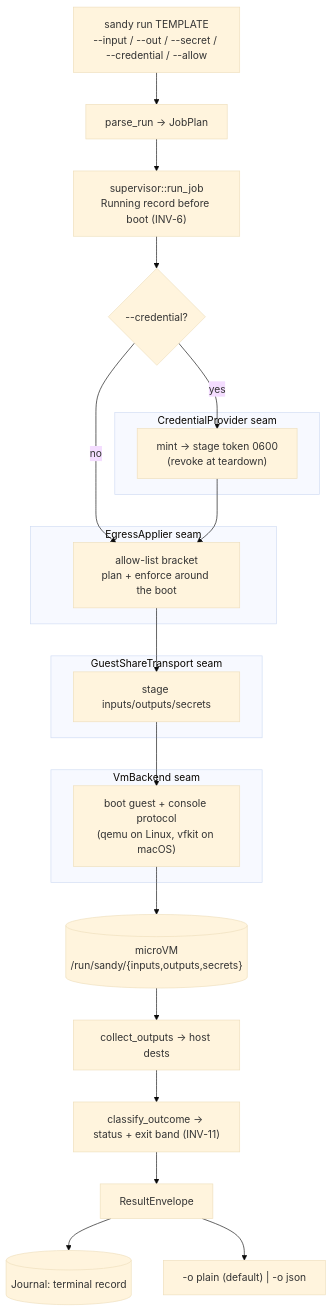
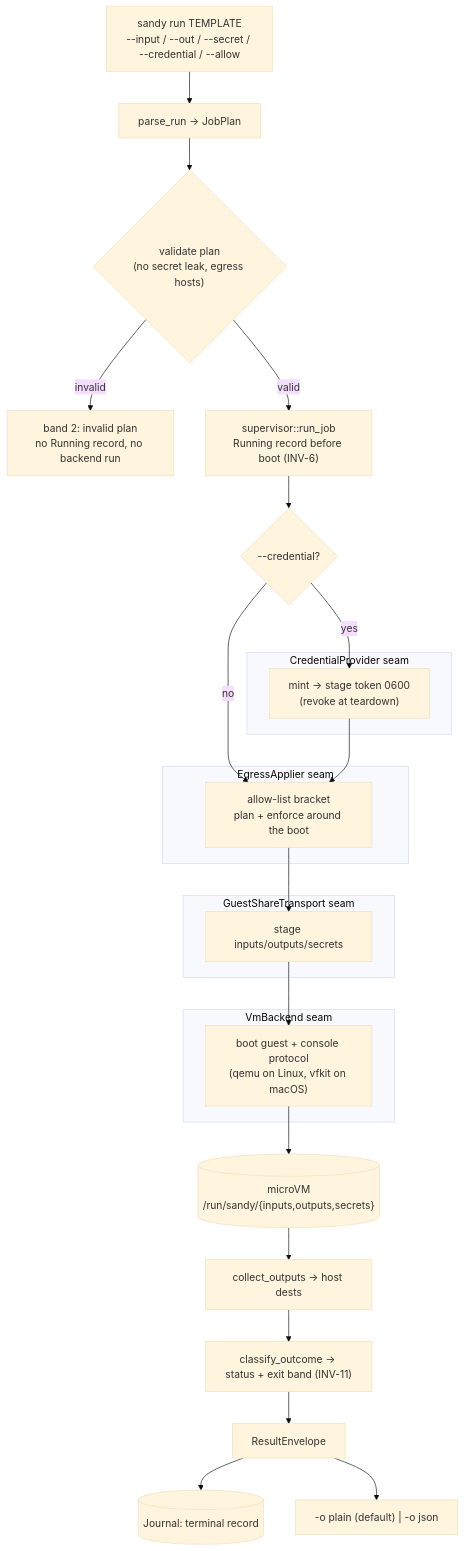
The first of 2 diagrams in README.md (kauki-labs/sandy), drawn with Mermaid (base theme) before and after one commit. The commit also changed 1 other file, not shown here.

Commit message:
docs: show the invalid-plan validation gate in the run-pipeline diagram
run_job_core validates the plan (no-secret-leak, egress hosts) before
writing the Running record, returning band 2 with no journal record
and no backend run on failure. The diagram jumped straight from
parse_run to the Running record, skipping this gate entirely. Fixed
in both the README's copy and the original in overview.md.

````diff
--- a/README.md
+++ b/README.md
@@ -25,35 +25,37 @@
 ```mermaid
 flowchart TD
   cli["sandy run TEMPLATE<br/>--input / --out / --secret / --credential / --allow"]
   cli --> plan["parse_run → JobPlan"]
-  plan --> sup["supervisor::run_job<br/>Running record before boot (INV-6)"]
+  plan --> validate{"validate plan<br/>(no secret leak, egress hosts)"}
+  validate -- invalid --> band2["band 2: invalid plan<br/>no Running record, no backend run"]
+  validate -- valid --> sup["supervisor::run_job<br/>Running record before boot (INV-6)"]
   sup --> credq{"--credential?"}
 
   subgraph cred_seam["CredentialProvider seam"]
     mint["mint → stage token 0600<br/>(revoke at teardown)"]
   end
   credq -- yes --> mint
   credq -- no --> eg
 
   subgraph egress_seam["EgressApplier seam"]
     eg["allow-list bracket<br/>plan + enforce around the boot"]
   end
   mint --> eg
 
   subgraph share_seam["GuestShareTransport seam"]
     stage["stage inputs/outputs/secrets"]
   end
   eg --> stage
 
   subgraph vm_seam["VmBackend seam"]
     boot["boot guest + console protocol<br/>(qemu on Linux, vfkit on macOS)"]
   end
   stage --> boot
 
   boot --> guest[("microVM<br/>/run/sandy/{inputs,outputs,secrets}")]
   guest --> collect["collect_outputs → host dests"]
   collect --> classify["classify_outcome → status + exit band (INV-11)"]
   classify --> env["ResultEnvelope"]
   env --> journal[("Journal: terminal record")]
   env --> render["-o plain (default) | -o json"]
 ```
````
